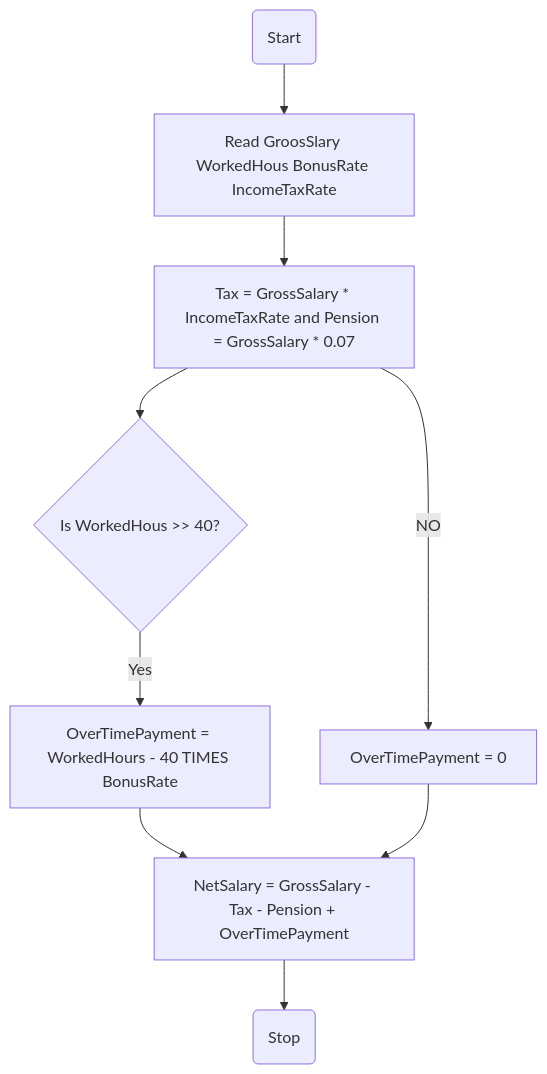
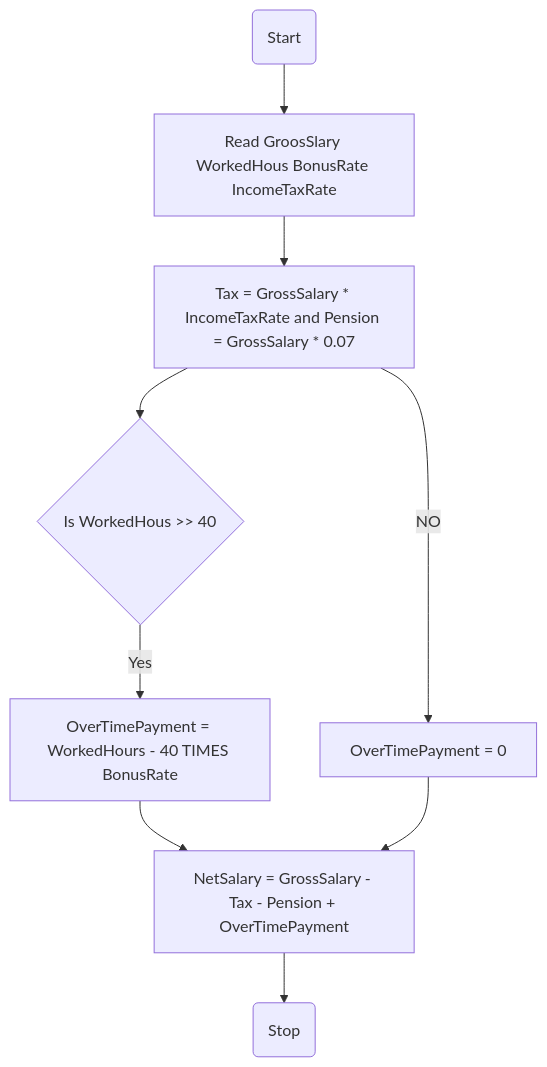
Before and after one commit to SWEG-2015EC-Batch/Code-Warrior: the diagram in ETS1351_15_Yabets_Maregn/income_calculator/flowchart.md, drawn with Mermaid.

````diff
--- a/ETS1351_15_Yabets_Maregn/income_calculator/flowchart.md
+++ b/ETS1351_15_Yabets_Maregn/income_calculator/flowchart.md
@@ -1,11 +1,11 @@
 ```mermaid
 graph TD;
 A(Start) --> B[Read GroosSlary WorkedHous BonusRate IncomeTaxRate]
 B --> C[Tax = GrossSalary * IncomeTaxRate and Pension = GrossSalary * 0.07]
-C --> D{Is WorkedHous >> 40?}
+C --> D{Is WorkedHous >> 40}
 D -- Yes --> E[OverTimePayment = WorkedHours - 40 TIMES BonusRate]
 E --> G[NetSalary = GrossSalary - Tax - Pension + OverTimePayment ]
 C -- NO --> F[OverTimePayment = 0]
 F --> G[NetSalary = GrossSalary - Tax - Pension + OverTimePayment ]
 G --> H(Stop)
 ```
````
